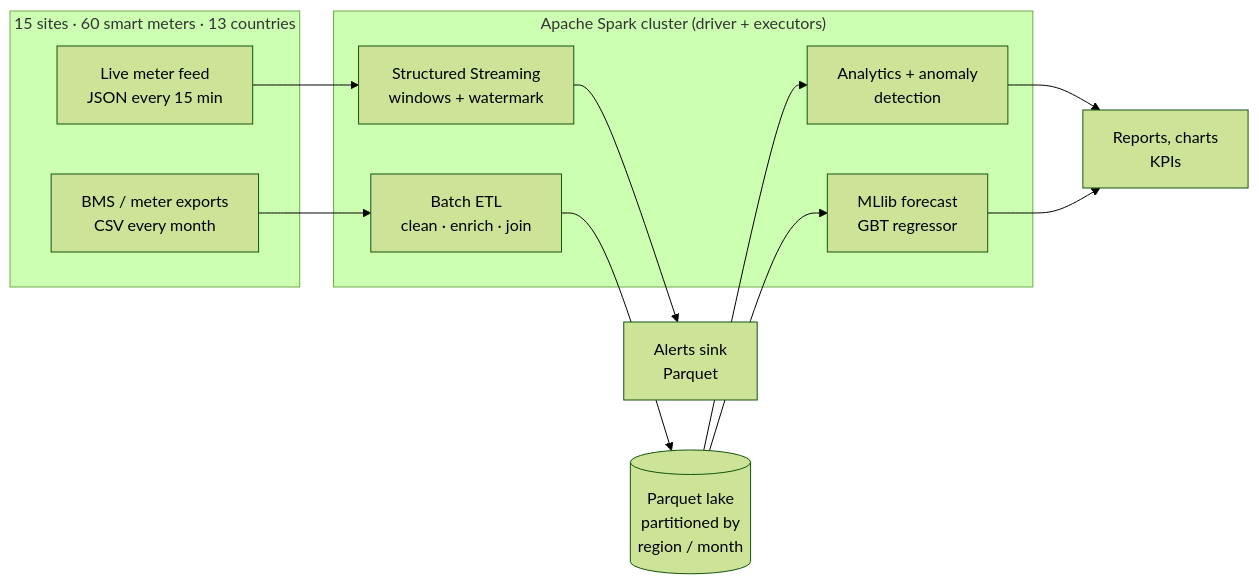
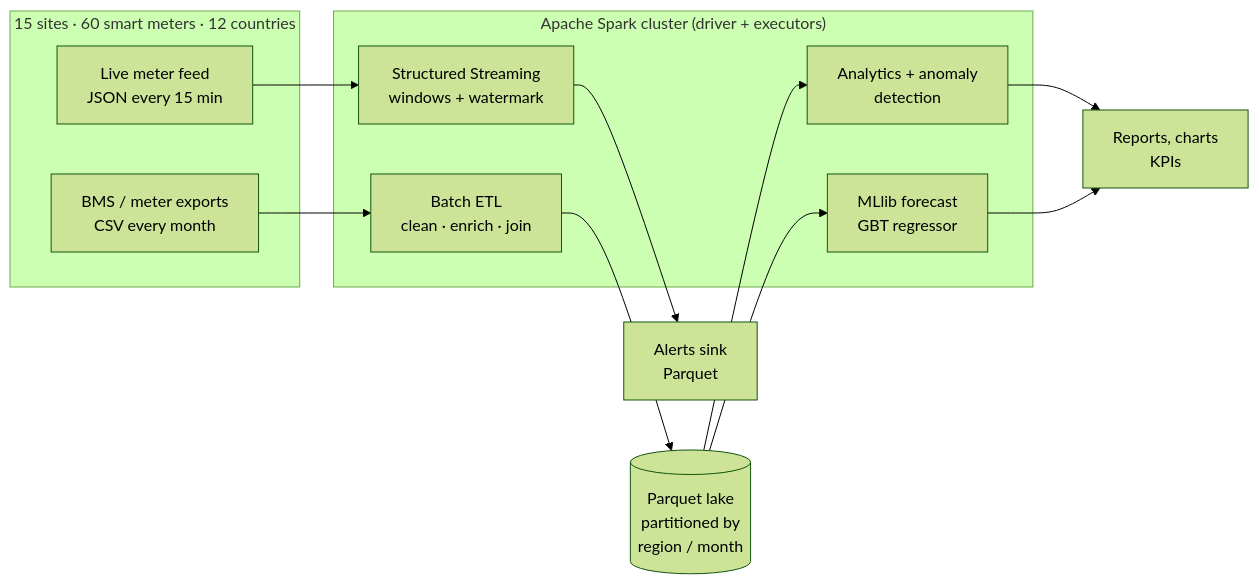
One commit to vedant1325-debug/energy-monitoring-spark changed the diagram in README.md. Above: the diagram before and after it, drawn with Mermaid (forest theme). The commit also changed other lines of this file, not shown here.

Commit message:
Fix country count in README (12 countries, not 13)

````diff
--- a/README.md
+++ b/README.md
@@ -23,17 +23,17 @@
 ```mermaid
 flowchart LR
-    subgraph Sites["15 sites · 60 smart meters · 13 countries"]
+    subgraph Sites["15 sites · 60 smart meters · 12 countries"]
         M1[BMS / meter exports<br/>CSV every month]
         M2[Live meter feed<br/>JSON every 15 min]
     end
     subgraph Spark["Apache Spark cluster (driver + executors)"]
         B[Batch ETL<br/>clean · enrich · join]
         A[Analytics + anomaly<br/>detection]
         ML[MLlib forecast<br/>GBT regressor]
         S[Structured Streaming<br/>windows + watermark]
     end
     M1 --> B --> L[(Parquet lake<br/>partitioned by<br/>region / month)]
     L --> A --> R[Reports, charts<br/>KPIs]
     L --> ML --> R
     M2 --> S --> AL[Alerts sink<br/>Parquet]
 ```
````
